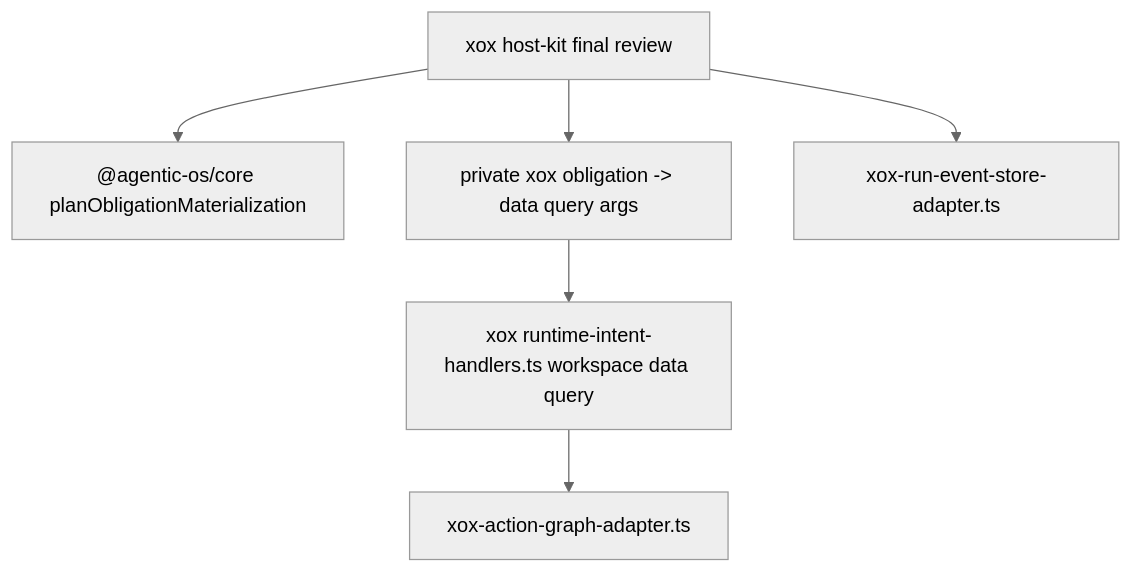
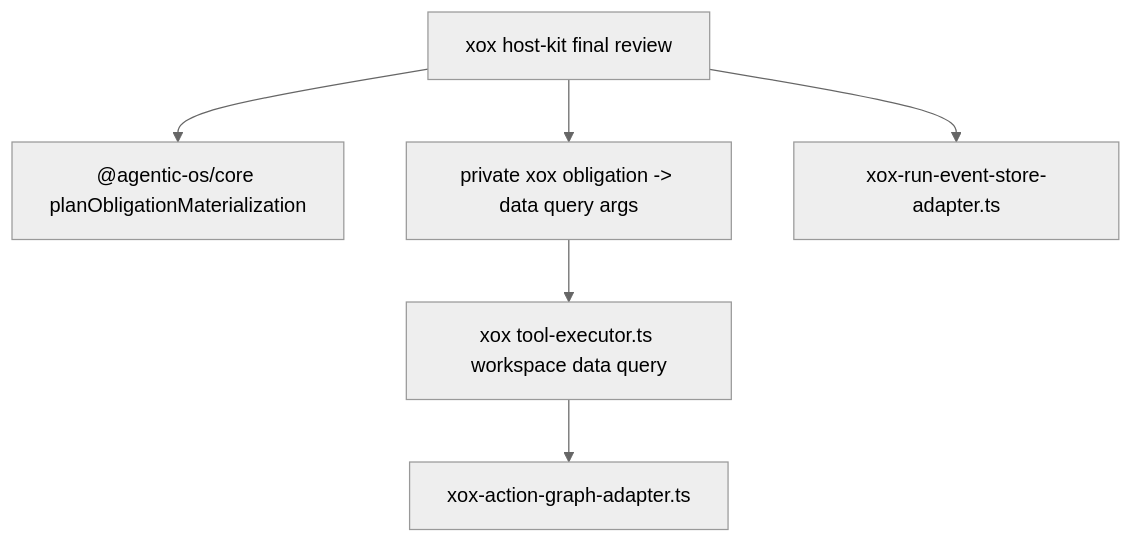
Before and after one commit to Suysker/xox-model: the diagram in docs/agentic-os-integration/m131-delete-obligation-materializer.md, drawn with Mermaid (neutral theme). The commit also changed other lines of this file and 27 other files, not shown here.

````diff
--- a/docs/agentic-os-integration/m131-delete-obligation-materializer.md
+++ b/docs/agentic-os-integration/m131-delete-obligation-materializer.md
@@ -34,8 +34,8 @@
 ```mermaid
 flowchart TD
     FinalReview["xox host-kit final review"] --> CorePlan["@agentic-os/core planObligationMaterialization"]
     FinalReview --> XoxSelect["private xox obligation -> data query args"]
-    XoxSelect --> DataQuery["xox runtime-intent-handlers.ts workspace data query"]
+    XoxSelect --> DataQuery["xox tool-executor.ts workspace data query"]
     DataQuery --> GraphStore["xox-action-graph-adapter.ts"]
     FinalReview --> Events["xox-run-event-store-adapter.ts"]
 ```
````
